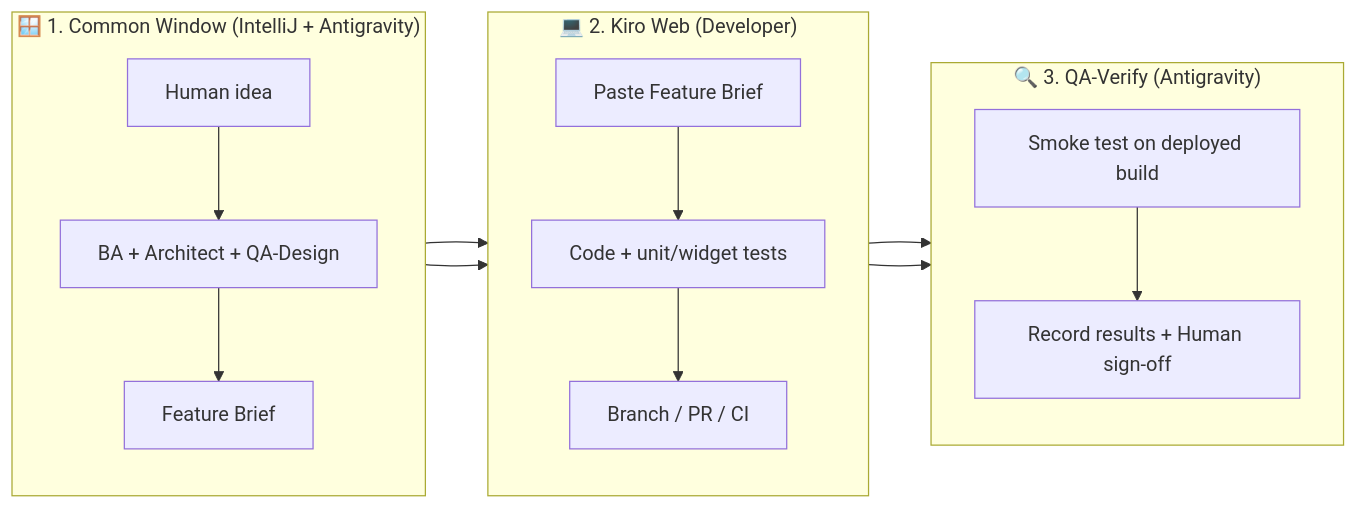
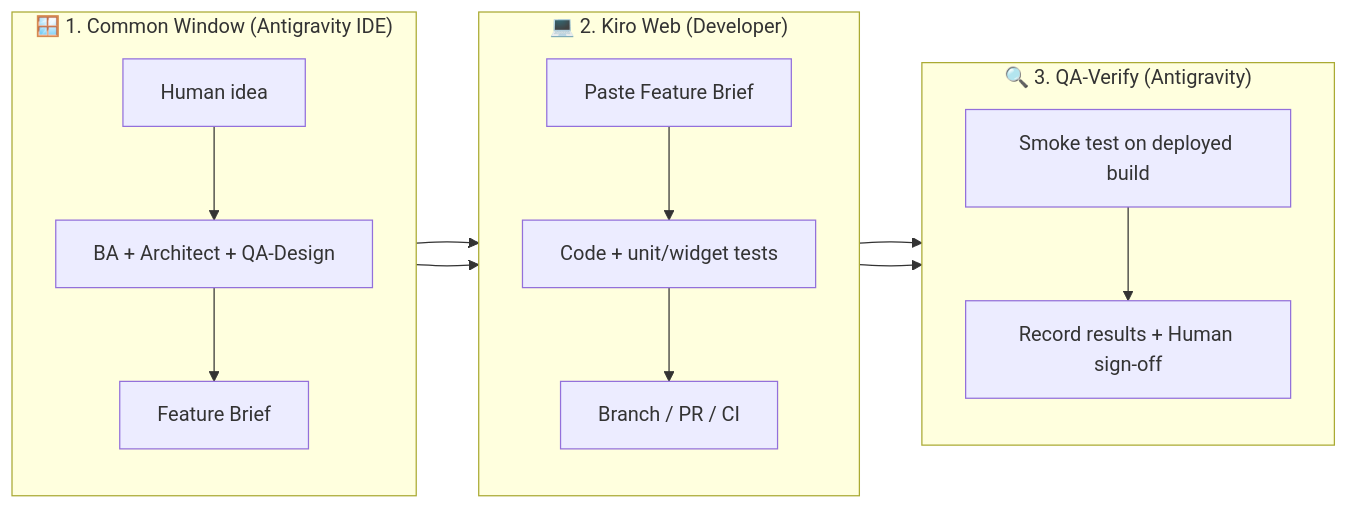
One commit to vteial/saranidhi changed the third of 7 diagrams in AI_COLLABORATION_FRAMEWORK.md. Above: the diagram before and after it, drawn with Mermaid. The commit also changed other lines of this file, not shown here.

First line of the commit message:
docs(framework): correct tooling model to pure Antigravity IDE

````diff
--- a/AI_COLLABORATION_FRAMEWORK.md
+++ b/AI_COLLABORATION_FRAMEWORK.md
@@ -105,21 +111,21 @@
 ```mermaid
 flowchart LR
-    subgraph Common ["🪟 1. Common Window (IntelliJ + Antigravity)"]
+    subgraph Common ["🪟 1. Common Window (Antigravity IDE)"]
         direction TB
         Idea["Human idea"] --> Round["BA + Architect + QA-Design"]
         Round --> Brief["Feature Brief"]
     end
     subgraph KiroWeb ["💻 2. Kiro Web (Developer)"]
         direction TB
         Brief --> Paste["Paste Feature Brief"]
         Paste --> Code["Code + unit/widget tests"]
         Code --> PR["Branch / PR / CI"]
     end
     subgraph Verify ["🔍 3. QA-Verify (Antigravity)"]
         direction TB
         PR --> Test["Smoke test on deployed build"]
         Test --> Signoff["Record results + Human sign-off"]
     end
     Common --> KiroWeb
     KiroWeb --> Verify
 ```
````
